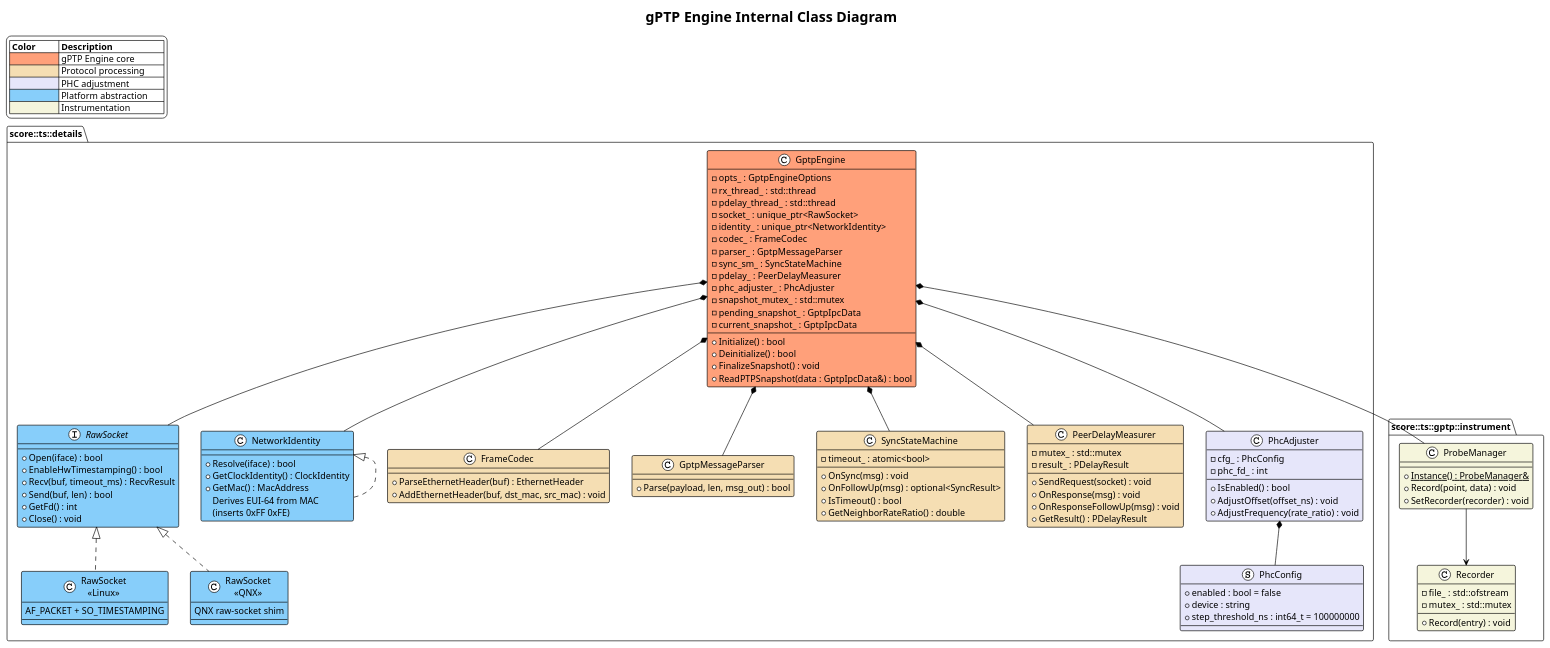
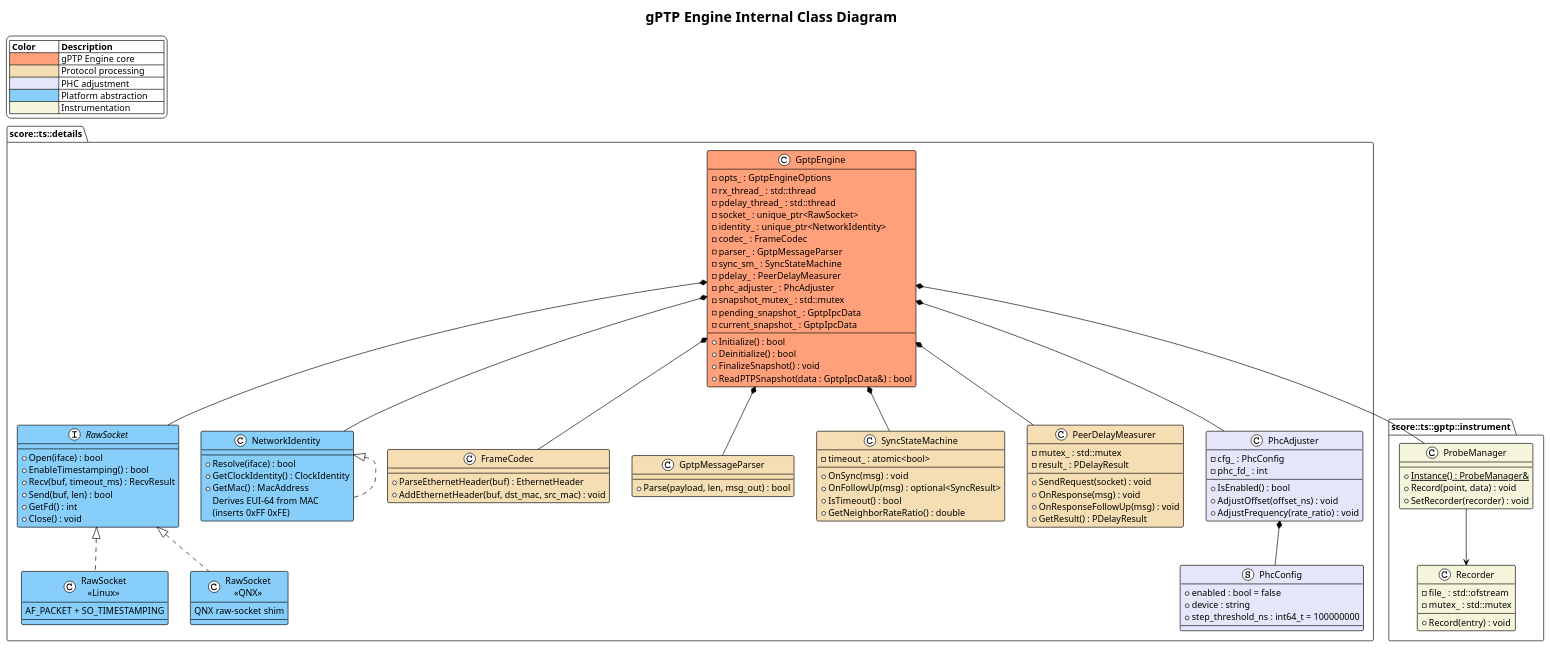
Before and after one commit to eclipse-score/time: the diagram in score/time_slave/docs/detailed_design/_assets/gptp_engine/gptp_engine_class.puml, drawn with PlantUML. The commit also changed 19 other files, not shown here.

```diff
--- a/score/time_slave/docs/detailed_design/_assets/gptp_engine/gptp_engine_class.puml
+++ b/score/time_slave/docs/detailed_design/_assets/gptp_engine/gptp_engine_class.puml
@@ -14,136 +14,136 @@
 @startuml
 !theme plain
 
 title gPTP Engine Internal Class Diagram
 
 legend top left
     |= Color          |= Description              |
     | <#LightSalmon>  | gPTP Engine core           |
     | <#Wheat>        | Protocol processing        |
     | <#Lavender>     | PHC adjustment             |
     | <#LightSkyBlue> | Platform abstraction       |
     | <#Beige>        | Instrumentation            |
 endlegend
 
 package "score::ts::details" {
 
     class GptpEngine #LightSalmon {
         - opts_ : GptpEngineOptions
         - rx_thread_ : std::thread
         - pdelay_thread_ : std::thread
         - socket_ : unique_ptr<RawSocket>
         - identity_ : unique_ptr<NetworkIdentity>
         - codec_ : FrameCodec
         - parser_ : GptpMessageParser
         - sync_sm_ : SyncStateMachine
         - pdelay_ : PeerDelayMeasurer
         - phc_adjuster_ : PhcAdjuster
         - snapshot_mutex_ : std::mutex
         - pending_snapshot_ : GptpIpcData
         - current_snapshot_ : GptpIpcData
         + Initialize() : bool
         + Deinitialize() : bool
         + FinalizeSnapshot() : void
         + ReadPTPSnapshot(data : GptpIpcData&) : bool
     }
 
     interface RawSocket #LightSkyBlue {
         + Open(iface) : bool
-        + EnableHwTimestamping() : bool
+        + EnableTimestamping() : bool
         + Recv(buf, timeout_ms) : RecvResult
         + Send(buf, len) : bool
         + GetFd() : int
         + Close() : void
     }
 
     class "RawSocket\n<<Linux>>" as LinuxSocket #LightSkyBlue {
         AF_PACKET + SO_TIMESTAMPING
     }
 
     class "RawSocket\n<<QNX>>" as QnxSocket #LightSkyBlue {
         QNX raw-socket shim
     }
 
     interface NetworkIdentity #LightSkyBlue {
         + Resolve(iface) : bool
         + GetClockIdentity() : ClockIdentity
         + GetMac() : MacAddress
     }
 
     class NetworkIdentity #LightSkyBlue {
         Derives EUI-64 from MAC\n(inserts 0xFF 0xFE)
     }
 
     class FrameCodec #Wheat {
         + ParseEthernetHeader(buf) : EthernetHeader
         + AddEthernetHeader(buf, dst_mac, src_mac) : void
     }
 
     class GptpMessageParser #Wheat {
         + Parse(payload, len, msg_out) : bool
     }
 
     class SyncStateMachine #Wheat {
         - timeout_ : atomic<bool>
         + OnSync(msg) : void
         + OnFollowUp(msg) : optional<SyncResult>
         + IsTimeout() : bool
         + GetNeighborRateRatio() : double
     }
 
     class PeerDelayMeasurer #Wheat {
         - mutex_ : std::mutex
         - result_ : PDelayResult
         + SendRequest(socket) : void
         + OnResponse(msg) : void
         + OnResponseFollowUp(msg) : void
         + GetResult() : PDelayResult
     }
 
     class PhcAdjuster #Lavender {
         - cfg_ : PhcConfig
         - phc_fd_ : int
         + IsEnabled() : bool
         + AdjustOffset(offset_ns) : void
         + AdjustFrequency(rate_ratio) : void
     }
 
     struct PhcConfig #Lavender {
         + enabled : bool = false
         + device : string
         + step_threshold_ns : int64_t = 100000000
     }
 
     RawSocket <|.. LinuxSocket
     RawSocket <|.. QnxSocket
     NetworkIdentity <|.. NetworkIdentity
     PhcAdjuster *-- PhcConfig
 
     GptpEngine *-- RawSocket
     GptpEngine *-- NetworkIdentity
     GptpEngine *-- FrameCodec
     GptpEngine *-- GptpMessageParser
     GptpEngine *-- SyncStateMachine
     GptpEngine *-- PeerDelayMeasurer
     GptpEngine *-- PhcAdjuster
 }
 
 package "score::ts::gptp::instrument" {
     class ProbeManager #Beige {
         + {static} Instance() : ProbeManager&
         + Record(point, data) : void
         + SetRecorder(recorder) : void
     }
 
     class Recorder #Beige {
         - file_ : std::ofstream
         - mutex_ : std::mutex
         + Record(entry) : void
     }
 
     ProbeManager --> Recorder
 }
 
 GptpEngine *-- ProbeManager
 
 @enduml
```
